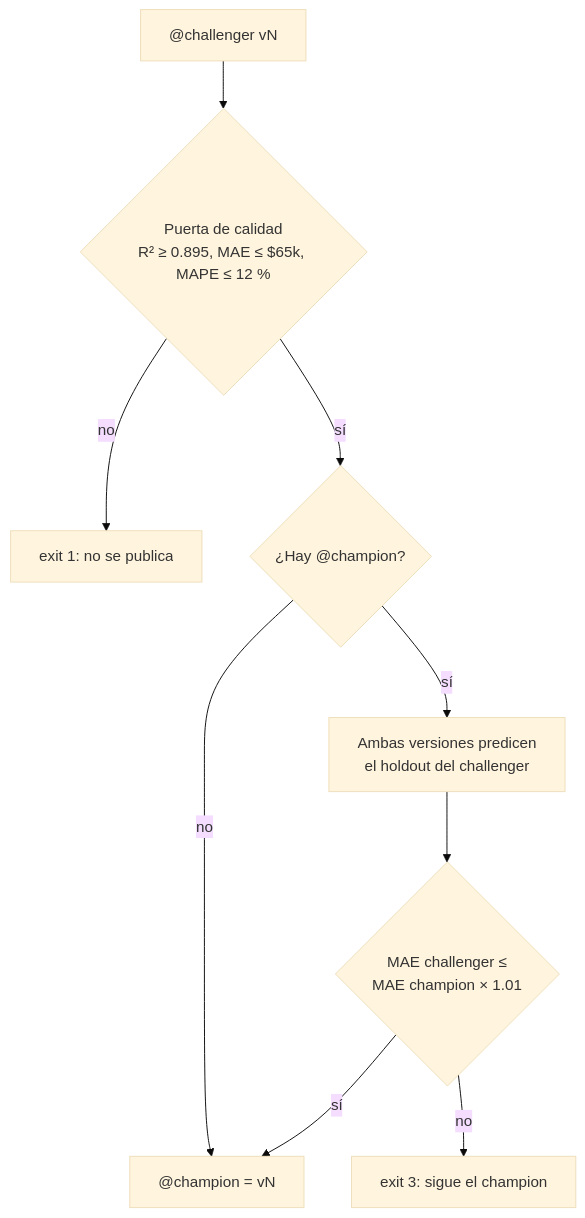
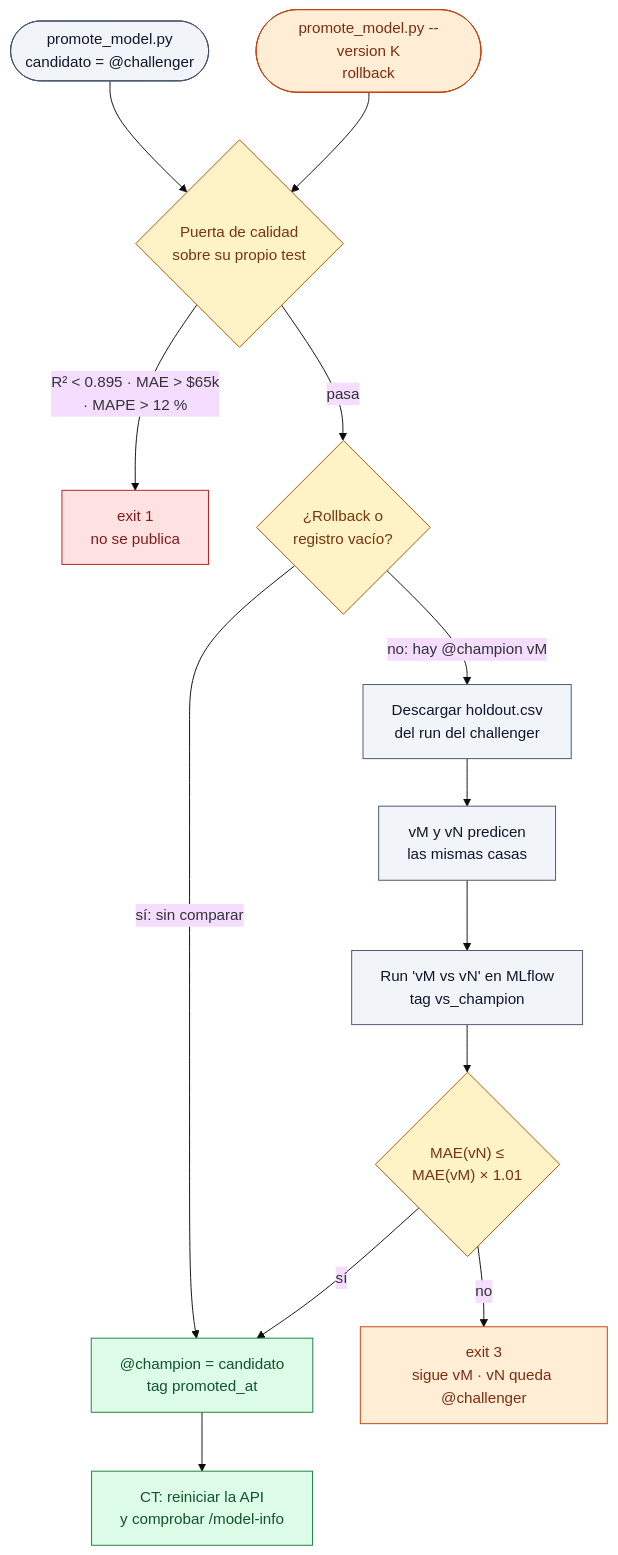
One commit to Elvis-David-Quinteros-Siles/house-price-predictor changed the fifth of 10 diagrams in docs/MLOPS.md. Above: the diagram before and after it, drawn with Mermaid (base theme). The commit also changed other lines of this file, not shown here.

First line of the commit message:
docs: diagramas de MLOps más completos

````diff
--- a/docs/MLOPS.md
+++ b/docs/MLOPS.md
@@ -271,11 +455,22 @@
 ```mermaid
 flowchart TD
-    A["@challenger vN"] --> B{"Puerta de calidad<br/>R² ≥ 0.895, MAE ≤ $65k, MAPE ≤ 12 %"}
-    B -->|no| X[exit 1: no se publica]
-    B -->|sí| C{"¿Hay @champion?"}
-    C -->|no| P["@champion = vN"]
-    C -->|sí| D[Ambas versiones predicen<br/>el holdout del challenger]
-    D --> E{MAE challenger ≤<br/>MAE champion × 1.01}
-    E -->|sí| P
-    E -->|no| L[exit 3: sigue el champion]
+    classDef ok fill:#dcfce7,stroke:#15803d,color:#14532d
+    classDef bad fill:#fee2e2,stroke:#b91c1c,color:#7f1d1d
+    classDef warn fill:#ffedd5,stroke:#c2410c,color:#7c2d12
+    classDef step fill:#f1f5f9,stroke:#475569,color:#0f172a
+    classDef dec fill:#fef3c7,stroke:#b45309,color:#78350f
+
+    A(["promote_model.py<br/>candidato = @challenger"]):::step --> B
+    RB(["promote_model.py --version K<br/>rollback"]):::warn --> B
+    B{"Puerta de calidad<br/>sobre su propio test"}:::dec
+    B -->|"R² < 0.895 · MAE > $65k<br/>· MAPE > 12 %"| X["exit 1<br/>no se publica"]:::bad
+    B -->|pasa| C{"¿Rollback o<br/>registro vacío?"}:::dec
+    C -->|"sí: sin comparar"| P
+    C -->|"no: hay @champion vM"| D["Descargar holdout.csv<br/>del run del challenger"]:::step
+    D --> E["vM y vN predicen<br/>las mismas casas"]:::step
+    E --> F["Run 'vM vs vN' en MLflow<br/>tag vs_champion"]:::step
+    F --> G{"MAE(vN) ≤<br/>MAE(vM) × 1.01"}:::dec
+    G -->|no| L["exit 3<br/>sigue vM · vN queda @challenger"]:::warn
+    G -->|sí| P["@champion = candidato<br/>tag promoted_at"]:::ok
+    P --> R["CT: reiniciar la API<br/>y comprobar /model-info"]:::ok
 ```
````
